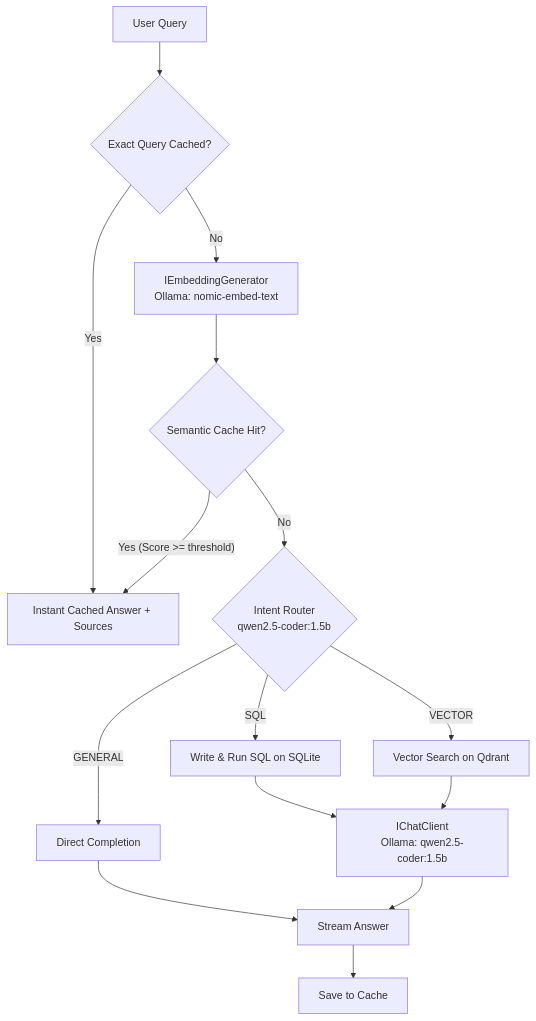
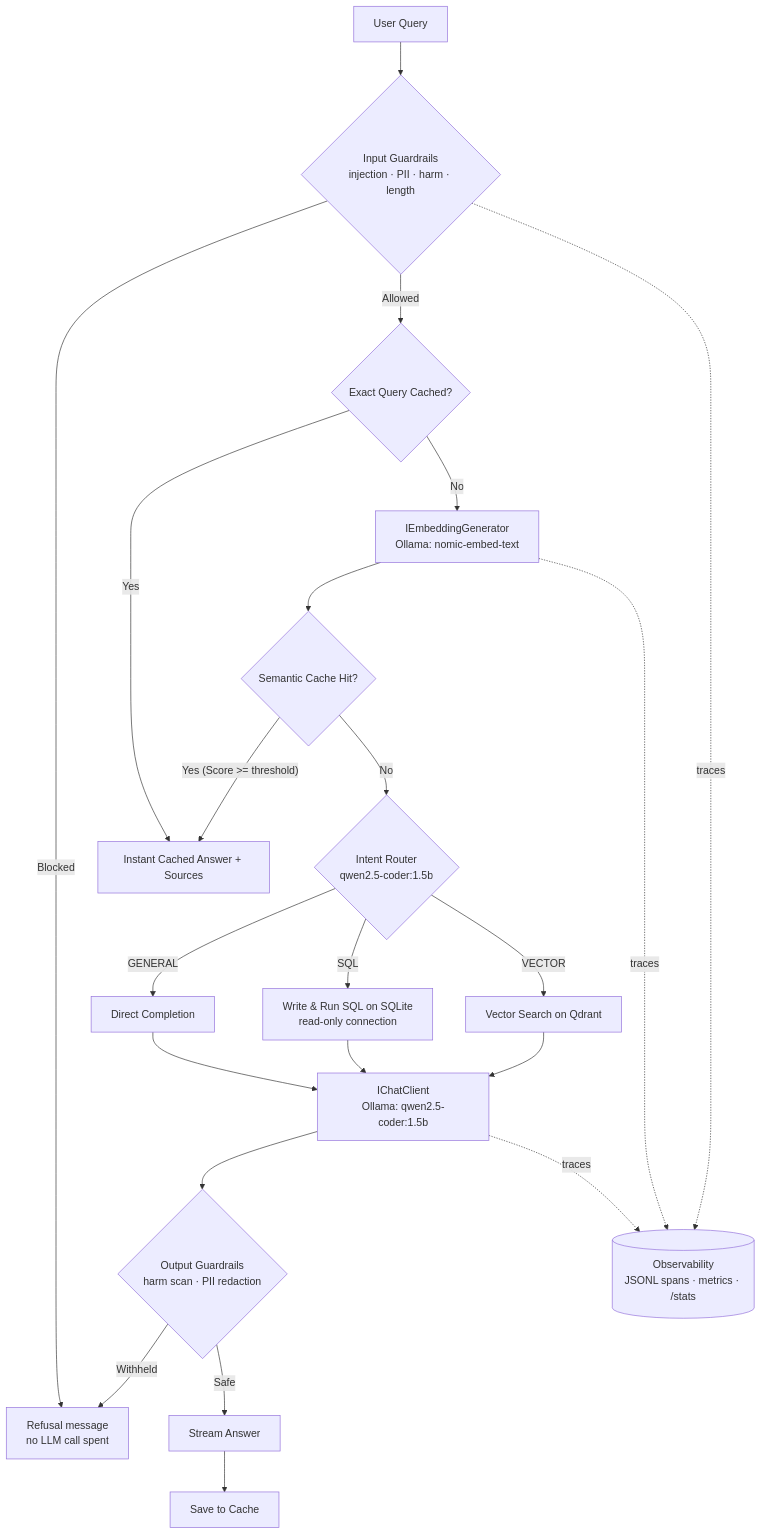
Before and after one commit to rahu619/one-piece-rag-lab: the diagram in README.md, drawn with Mermaid. The commit also changed other lines of this file and 28 other files, not shown here.

Commit message:
Add guardrails, observability and evals

````diff
--- a/README.md
+++ b/README.md
@@ -9,17 +11,24 @@
 ```mermaid
 flowchart TD
-    U[User Query] --> EXACT{Exact Query Cached?}
+    U[User Query] --> G1{Input Guardrails<br/>injection · PII · harm · length}
+    G1 -- Blocked --> REFUSE[Refusal message<br/>no LLM call spent]
+    G1 -- Allowed --> EXACT{Exact Query Cached?}
     EXACT -- Yes --> RETURN[Instant Cached Answer + Sources]
     EXACT -- No --> EMB[IEmbeddingGenerator<br/>Ollama: nomic-embed-text]
     EMB --> CACHE{Semantic Cache Hit?}
     CACHE -- "Yes (Score >= threshold)" --> RETURN
     CACHE -- No --> ROUTER{Intent Router<br/>qwen2.5-coder:1.5b}
     ROUTER -- "GENERAL" --> Direct[Direct Completion]
-    ROUTER -- "SQL" --> SQLGen[Write & Run SQL on SQLite]
+    ROUTER -- "SQL" --> SQLGen[Write & Run SQL on SQLite<br/>read-only connection]
     ROUTER -- "VECTOR" --> VecGen[Vector Search on Qdrant]
     SQLGen --> LLM[IChatClient<br/>Ollama: qwen2.5-coder:1.5b]
     VecGen --> LLM
-    Direct --> PRINT[Stream Answer]
-    LLM --> PRINT
+    Direct --> LLM
+    LLM --> G2{Output Guardrails<br/>harm scan · PII redaction}
+    G2 -- Withheld --> REFUSE
+    G2 -- Safe --> PRINT[Stream Answer]
     PRINT --> SAVE[Save to Cache]
+    G1 -.traces.-> OBS[(Observability<br/>JSONL spans · metrics · /stats)]
+    LLM -.traces.-> OBS
+    EMB -.traces.-> OBS
 ```
````
